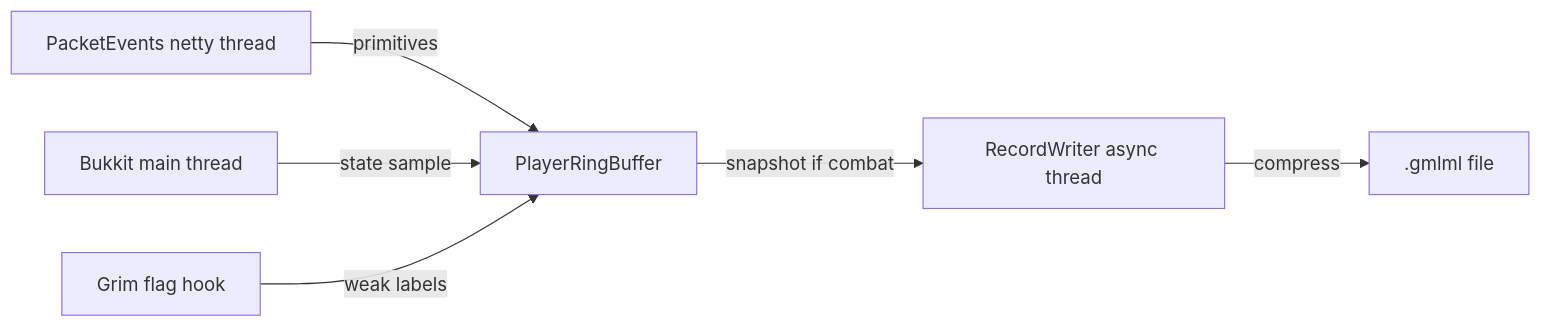
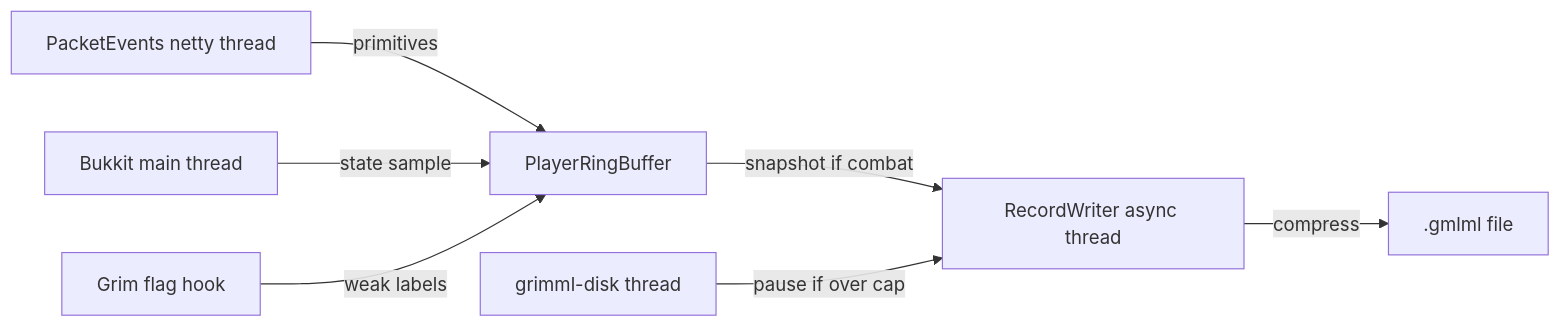
The diagram in docs/architecture.md (vanillaxtra/grimml), drawn with Mermaid before and after one commit. The commit also changed other lines of this file and 10 other files, not shown here.

````diff
--- a/docs/architecture.md
+++ b/docs/architecture.md
@@ -39,8 +39,9 @@
 ```mermaid
 flowchart LR
     A[PacketEvents netty thread] -->|primitives| B[PlayerRingBuffer]
     C[Bukkit main thread] -->|state sample| B
     D[Grim flag hook] -->|weak labels| B
     B -->|snapshot if combat| E[RecordWriter async thread]
     E -->|compress| F[.gmlml file]
+    G[grimml-disk thread] -->|pause if over cap| E
 ```
````
